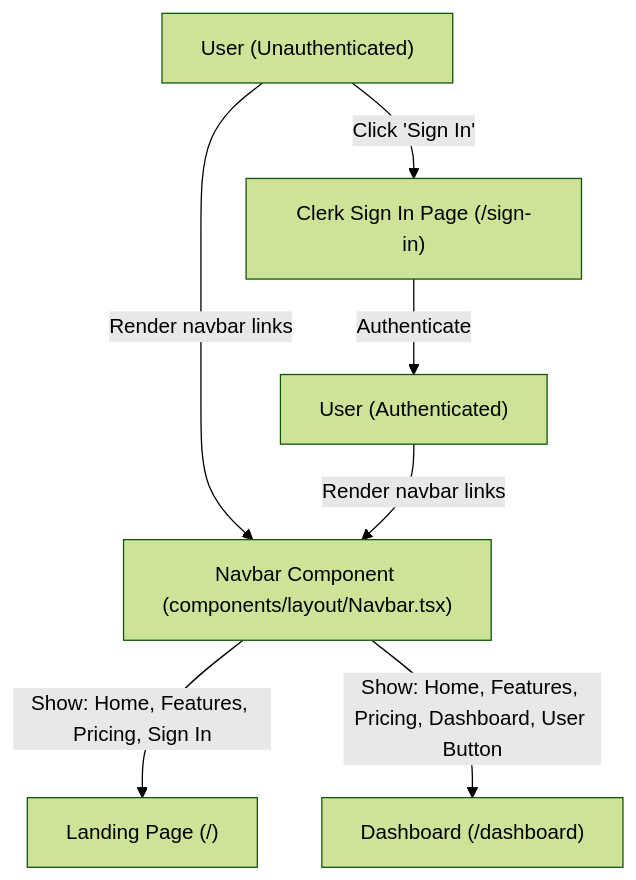
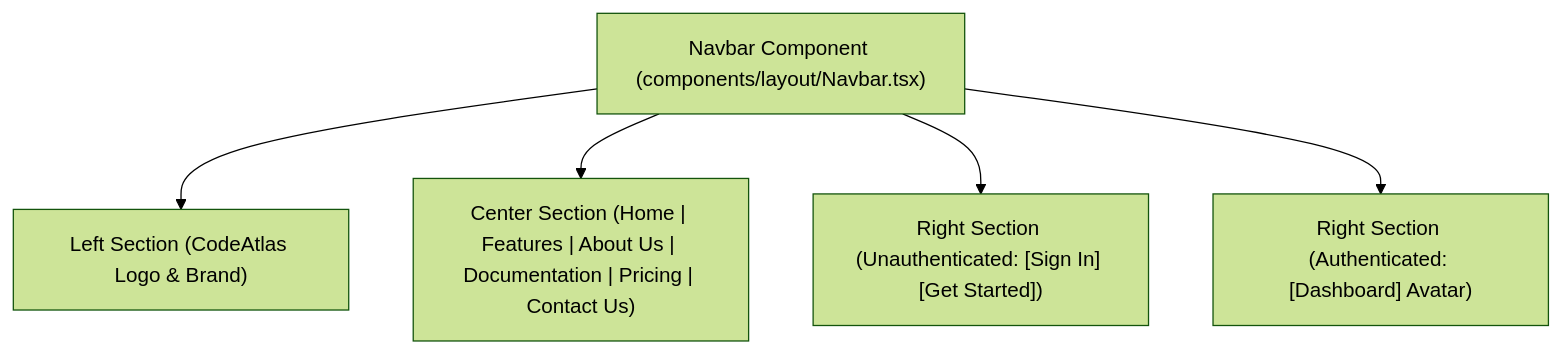
The diagram in apps/web/walkthrough.md (Gauravgits1308/CodeAtlas), drawn with Mermaid (forest theme) before and after one commit. The commit also changed other lines of this file and 1 other file, not shown here.

````diff
--- a/apps/web/walkthrough.md
+++ b/apps/web/walkthrough.md
@@ -17,16 +16,13 @@
 ```mermaid
 graph TD
-    Unauth["User (Unauthenticated)"]
-    Auth["User (Authenticated)"]
     Navbar["Navbar Component (components/layout/Navbar.tsx)"]
-    LandingPage["Landing Page (/)"]
-    SignInPage["Clerk Sign In Page (/sign-in)"]
-    DashboardPage["Dashboard (/dashboard)"]
+    LeftSec["Left Section (CodeAtlas Logo & Brand)"]
+    CenterSec["Center Section (Home | Features | About Us | Documentation | Pricing | Contact Us)"]
+    RightSecUnauth["Right Section (Unauthenticated: [Sign In] [Get Started])"]
+    RightSecAuth["Right Section (Authenticated: [Dashboard] Avatar)"]
 
-    Unauth -- "Render navbar links" --> Navbar
-    Navbar -- "Show: Home, Features, Pricing, Sign In" --> LandingPage
-    Unauth -- "Click 'Sign In'" --> SignInPage
-    SignInPage -- "Authenticate" --> Auth
-    Auth -- "Render navbar links" --> Navbar
-    Navbar -- "Show: Home, Features, Pricing, Dashboard, User Button" --> DashboardPage
+    Navbar --> LeftSec
+    Navbar --> CenterSec
+    Navbar --> RightSecUnauth
+    Navbar --> RightSecAuth
 ```
````
